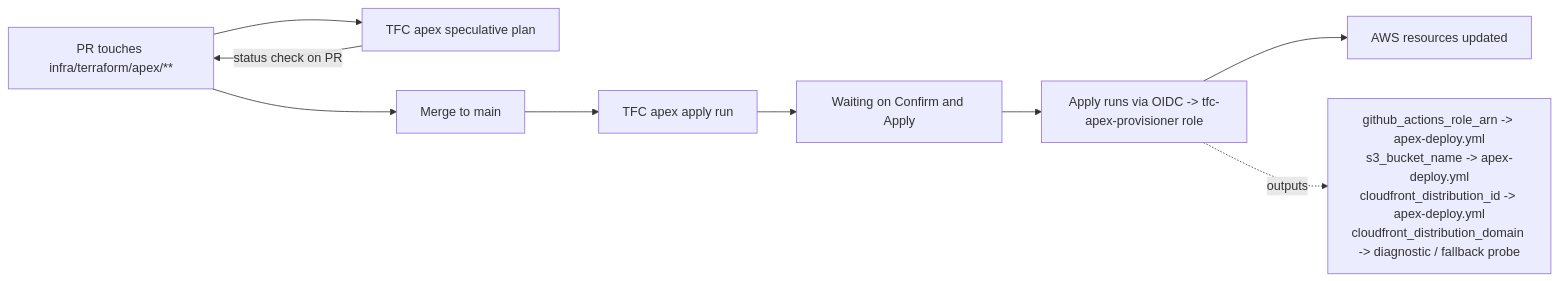
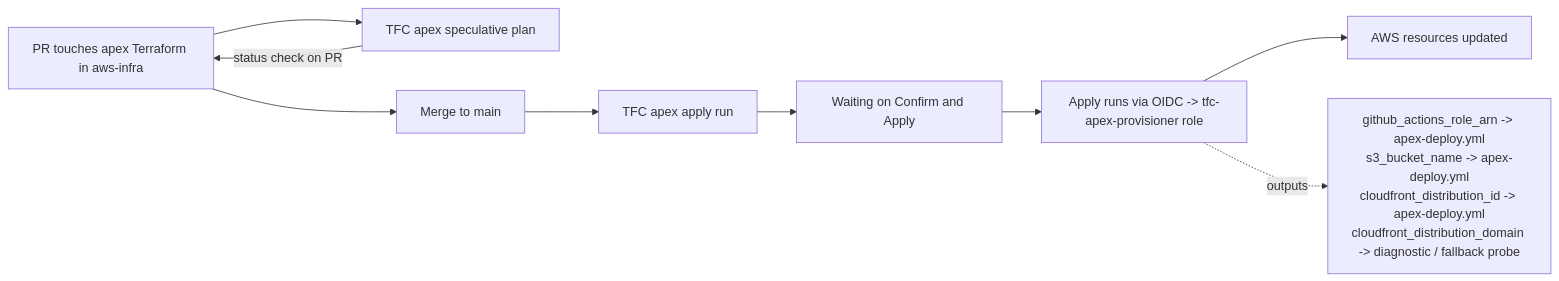
The sixth of 8 diagrams in docs/operations/DEPLOYMENT.md (fjcloudaiconsulting/tbd), drawn with Mermaid before and after one commit. The commit also changed other lines of this file and 31 other files, not shown here.

````diff
--- a/docs/operations/DEPLOYMENT.md
+++ b/docs/operations/DEPLOYMENT.md
@@ -647,11 +647,11 @@
 ```mermaid
 flowchart LR
-  pr[PR touches infra/terraform/apex/**] --> tfcsp[TFC apex speculative plan]
+  pr[PR touches apex Terraform in aws-infra] --> tfcsp[TFC apex speculative plan]
   tfcsp -->|status check on PR| pr
   pr --> merge[Merge to main]
   merge --> tfcapp[TFC apex apply run]
   tfcapp --> hold[Waiting on Confirm and Apply]
   hold --> apply[Apply runs via OIDC -> tfc-apex-provisioner role]
   apply --> done[AWS resources updated]
   apply -.->|outputs| consumers[github_actions_role_arn -> apex-deploy.yml<br/>s3_bucket_name -> apex-deploy.yml<br/>cloudfront_distribution_id -> apex-deploy.yml<br/>cloudfront_distribution_domain -> diagnostic / fallback probe]
 ```
````
